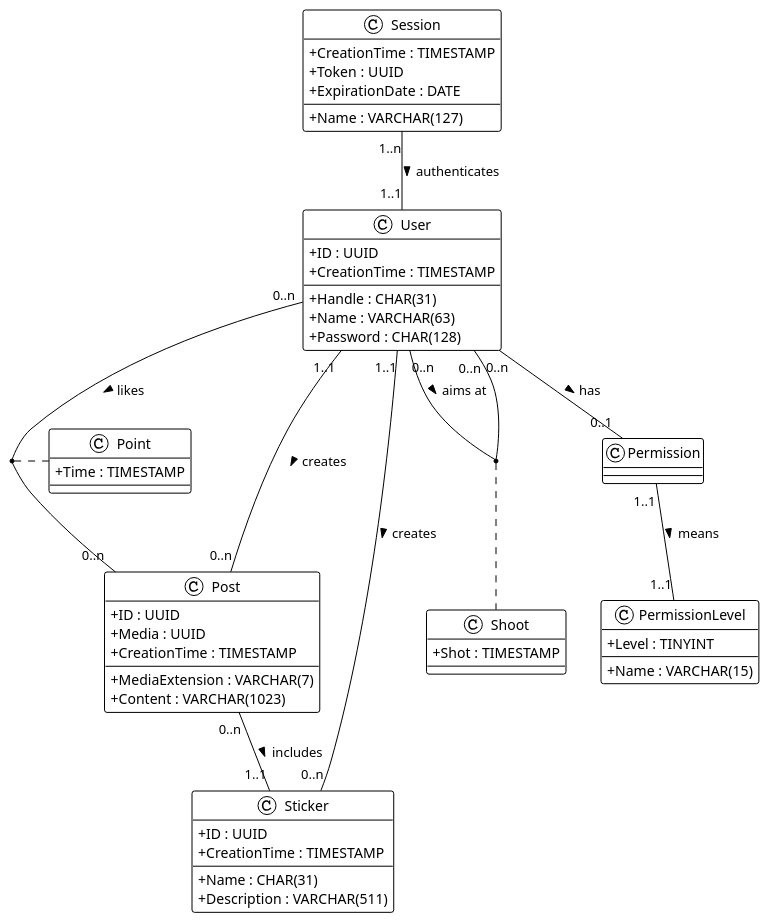
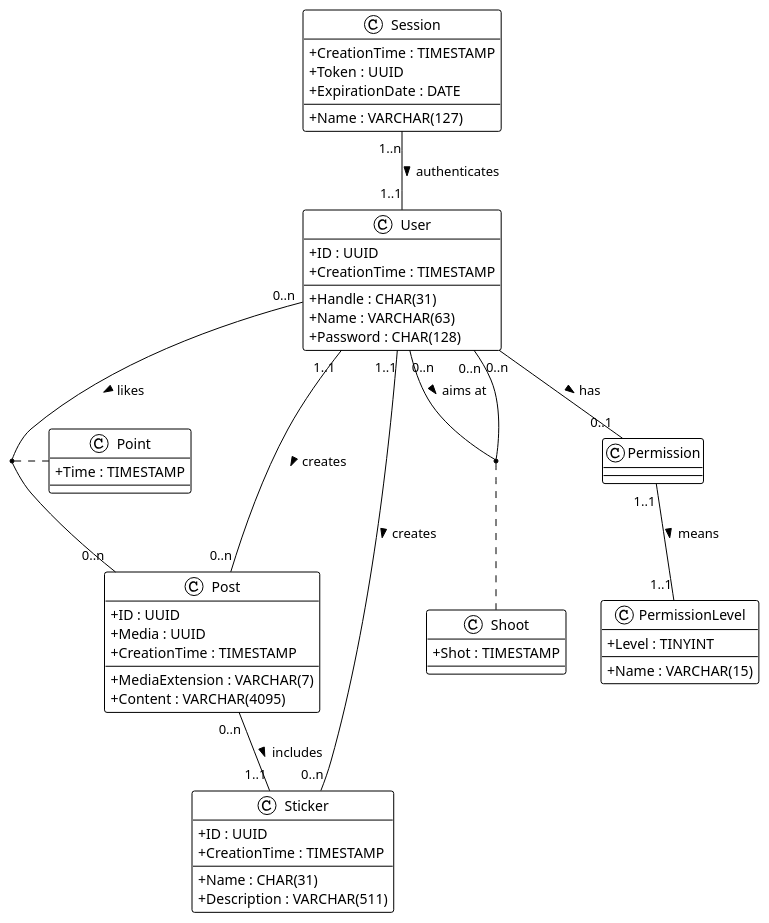
Before and after one commit to luca-baeck/Soziales-Netzwerk: the diagram in doc/hiddlestick.puml, drawn with PlantUML. The commit also changed 2 other files, not shown here.

```diff
--- a/doc/hiddlestick.puml
+++ b/doc/hiddlestick.puml
@@ -1,87 +1,87 @@
 @startuml hiddlestick
 
 !theme plain
 skinparam ClassAttributeIconSize 0
 
 class User{
     + ID : UUID
     + Handle : CHAR(31)
     + Name : VARCHAR(63)
     + Password : CHAR(128)
     + CreationTime : TIMESTAMP
 }
 
 class Post{
     + ID : UUID
     /'
     /+ CreatorID : UUID
     /+ StickerID : UUID
     '/
     + Media : UUID
     + MediaExtension : VARCHAR(7)
-    + Content : VARCHAR(1023)
+    + Content : VARCHAR(4095)
     + CreationTime : TIMESTAMP
 }
 
 class Sticker{
     + ID : UUID
     + Name : CHAR(31)
     /'
     /+ CreatorID : UUID
     '/
     + Description : VARCHAR(511)
     + CreationTime : TIMESTAMP
 }
 
 User "0..n" -- "0..n" User : aims at >
 (User, User) . Shoot
 User "1..1" -- "0..n" Post : creates >
 User "1..1" -- "0..n" Sticker : creates >
 Post "0..n" -- "1..1" Sticker : includes >
 User "0..n" -- "0..n" Post : likes >
 Session "1..n" -- "1..1" User : authenticates >
 User "0..n" -- "0..1" Permission : has >
 Permission "1..1" -- "1..1" PermissionLevel : means >
 (User, Post) . Point
 
 class Shoot{
     /'
     /+ Target : UUID
     /+ Archer : UUID
     '/
     + Shot : TIMESTAMP
 }
 
 class Point{
     /'
     /+ PostID : UUID
     /+ UserID : UUID
     '/
     + Time : TIMESTAMP
 }
 
 class Session{
     /'
     /+ UserID : UUID
     '/
     + CreationTime : TIMESTAMP
     + Name : VARCHAR(127)
     + Token : UUID
     + ExpirationDate : DATE
 }
 
 class Permission{
     /'
     /+ UserID : UUID
     '/
     /'
     /+ Level : TINYINT
     '/
 }
 
 class PermissionLevel{
     + Level : TINYINT
     + Name : VARCHAR(15)
 }
 
 @enduml
```
